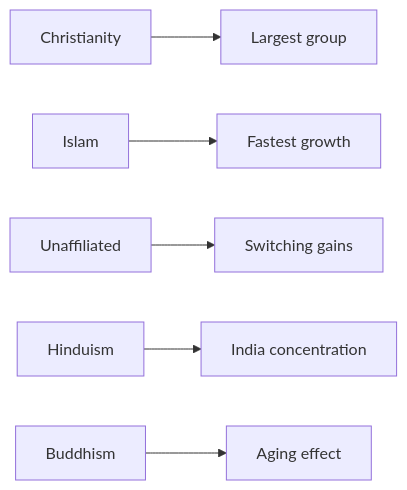
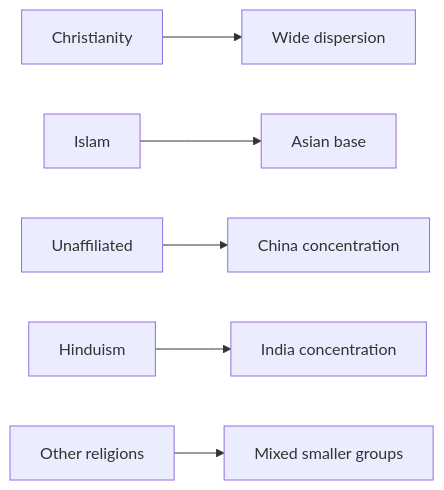
One commit to daylight55/research changed the diagram in articles/report/world-religions-demography/en/index.mdx. Above: the diagram before and after it, drawn with Mermaid. The commit also changed other lines of this file and 6 other files, not shown here.

````diff
--- a/articles/report/world-religions-demography/en/index.mdx
+++ b/articles/report/world-religions-demography/en/index.mdx
@@ -34,8 +34,8 @@
 ```mermaid
 flowchart LR
-  C["Christianity"] --> W["Largest group"]
-  M["Islam"] --> G["Fastest growth"]
-  N["Unaffiliated"] --> S["Switching gains"]
+  C["Christianity"] --> D["Wide dispersion"]
+  M["Islam"] --> A["Asian base"]
+  N["Unaffiliated"] --> X["China concentration"]
   H["Hinduism"] --> I["India concentration"]
-  B["Buddhism"] --> A["Aging effect"]
+  O["Other religions"] --> L["Mixed smaller groups"]
 ```
````
